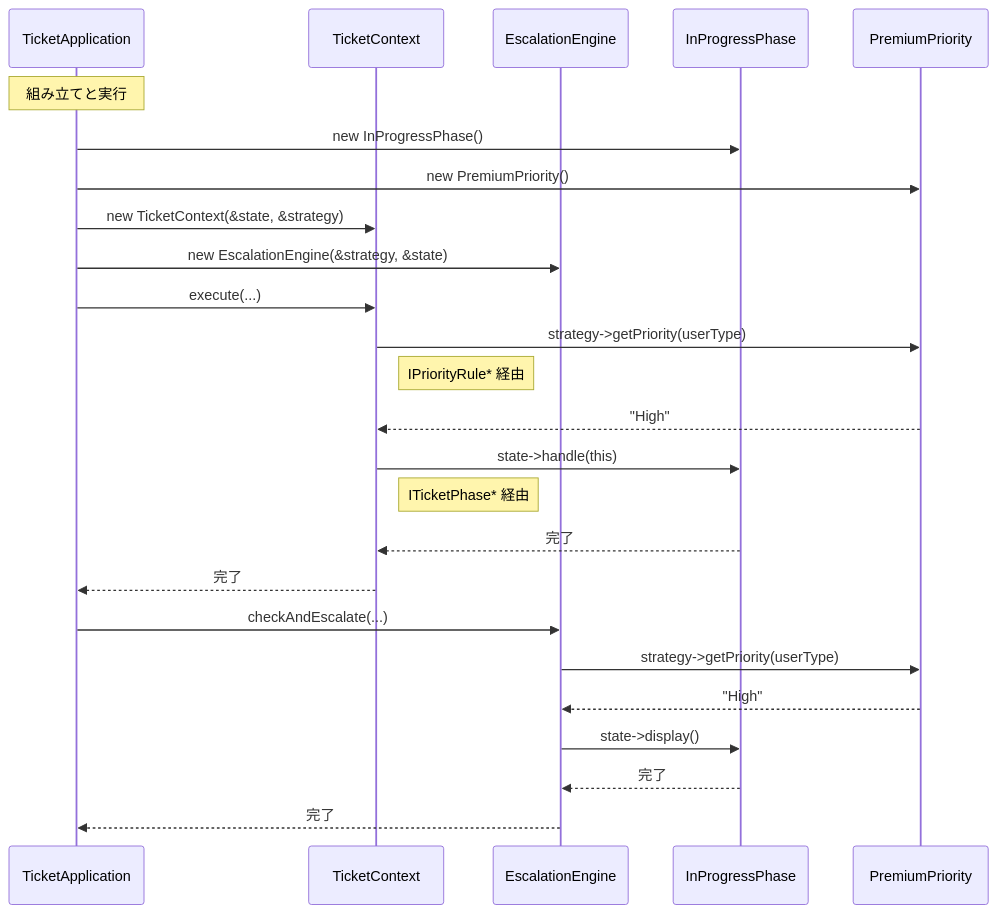
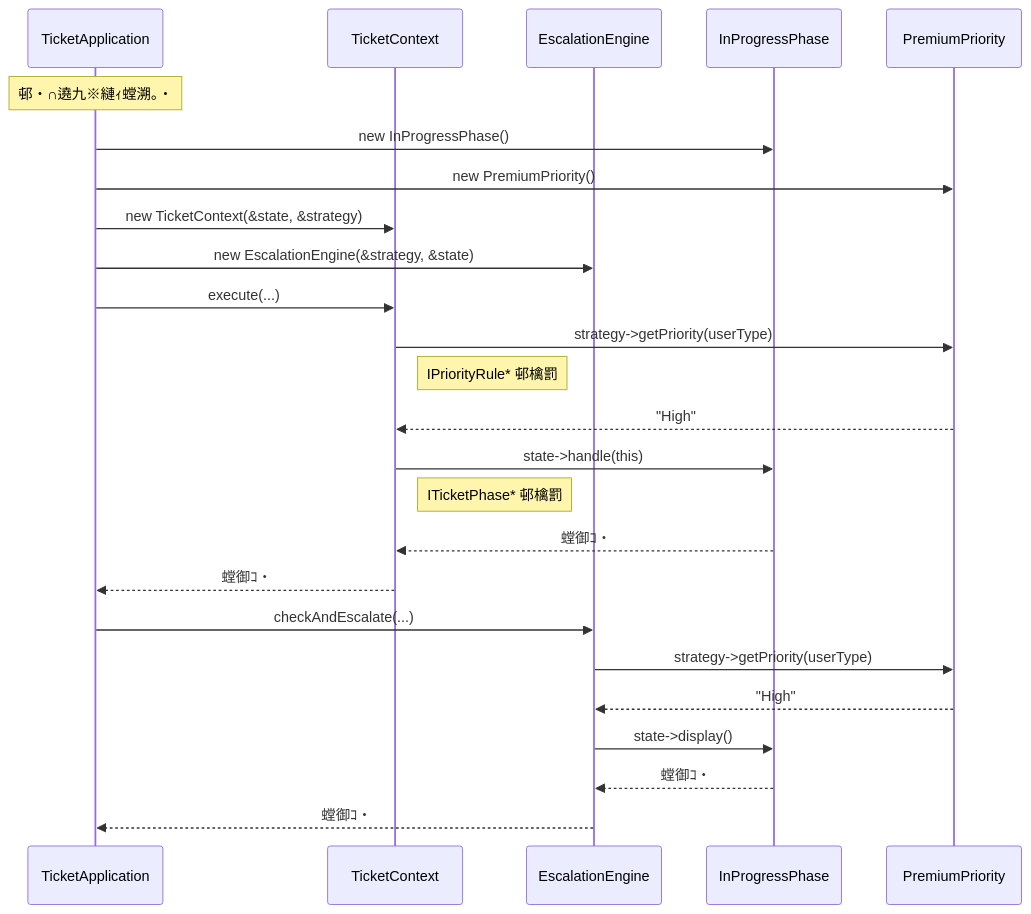
Before and after one commit to kumachan1101-pixel/DesignPattern: the eighth of 11 diagrams in kindle/design-patterns/output/chapter09_2.md, drawn with Mermaid. The commit also changed other lines of this file and 4 other files, not shown here.

````diff
--- a/kindle/design-patterns/output/chapter09_2.md
+++ b/kindle/design-patterns/output/chapter09_2.md
@@ -1337,27 +1337,27 @@
 ```mermaid
 sequenceDiagram
     participant App as TicketApplication
     participant TM as TicketContext
     participant EE as EscalationEngine
     participant IS as InProgressPhase
     participant PP as PremiumPriority
-    Note over App: 組み立てと実行
+    Note over App: 邨・∩遶九※縺ｨ螳溯｡・
     App->>IS: new InProgressPhase()
     App->>PP: new PremiumPriority()
     App->>TM: new TicketContext(&state, &strategy)
     App->>EE: new EscalationEngine(&strategy, &state)
     App->>TM: execute(...)
     TM->>PP: strategy->getPriority(userType)
-    Note right of TM: IPriorityRule* 経由
+    Note right of TM: IPriorityRule* 邨檎罰
     PP-->>TM: "High"
     TM->>IS: state->handle(this)
-    Note right of TM: ITicketPhase* 経由
-    IS-->>TM: 完了
-    TM-->>App: 完了
+    Note right of TM: ITicketPhase* 邨檎罰
+    IS-->>TM: 螳御ｺ・
+    TM-->>App: 螳御ｺ・
     App->>EE: checkAndEscalate(...)
     EE->>PP: strategy->getPriority(userType)
     PP-->>EE: "High"
     EE->>IS: state->display()
-    IS-->>EE: 完了
-    EE-->>App: 完了
+    IS-->>EE: 螳御ｺ・
+    EE-->>App: 螳御ｺ・
 ```
````
